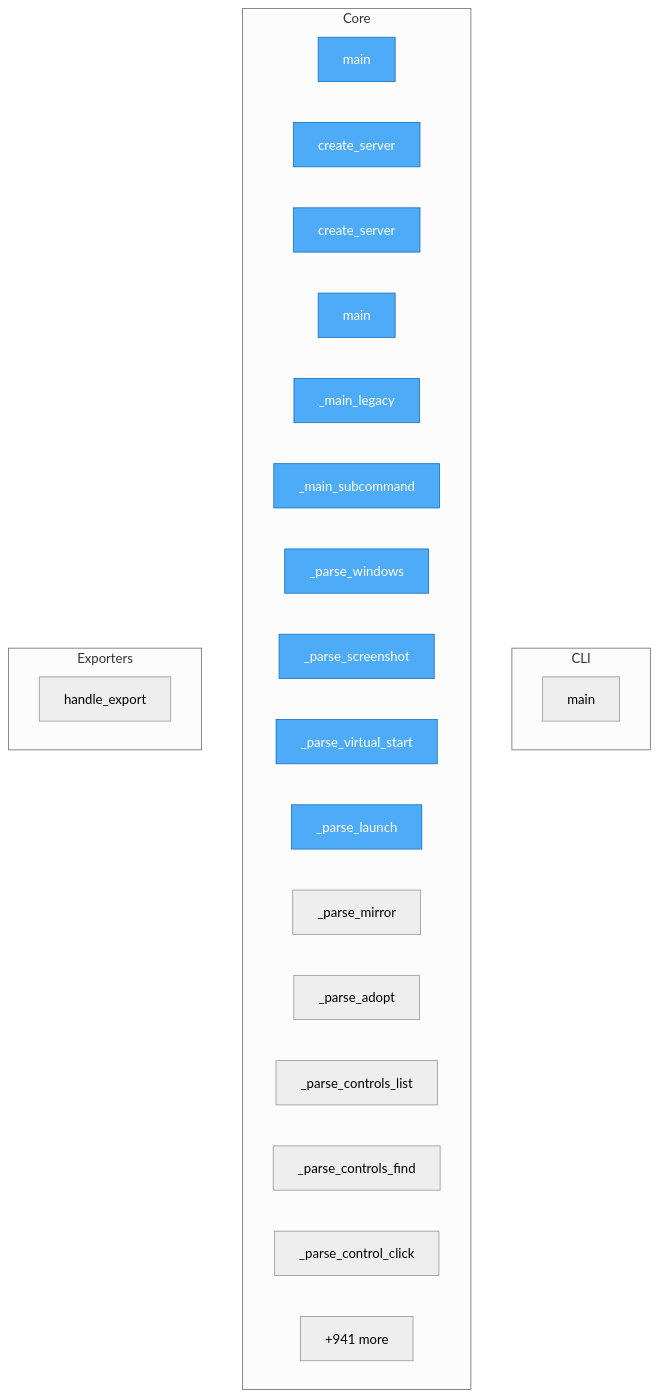
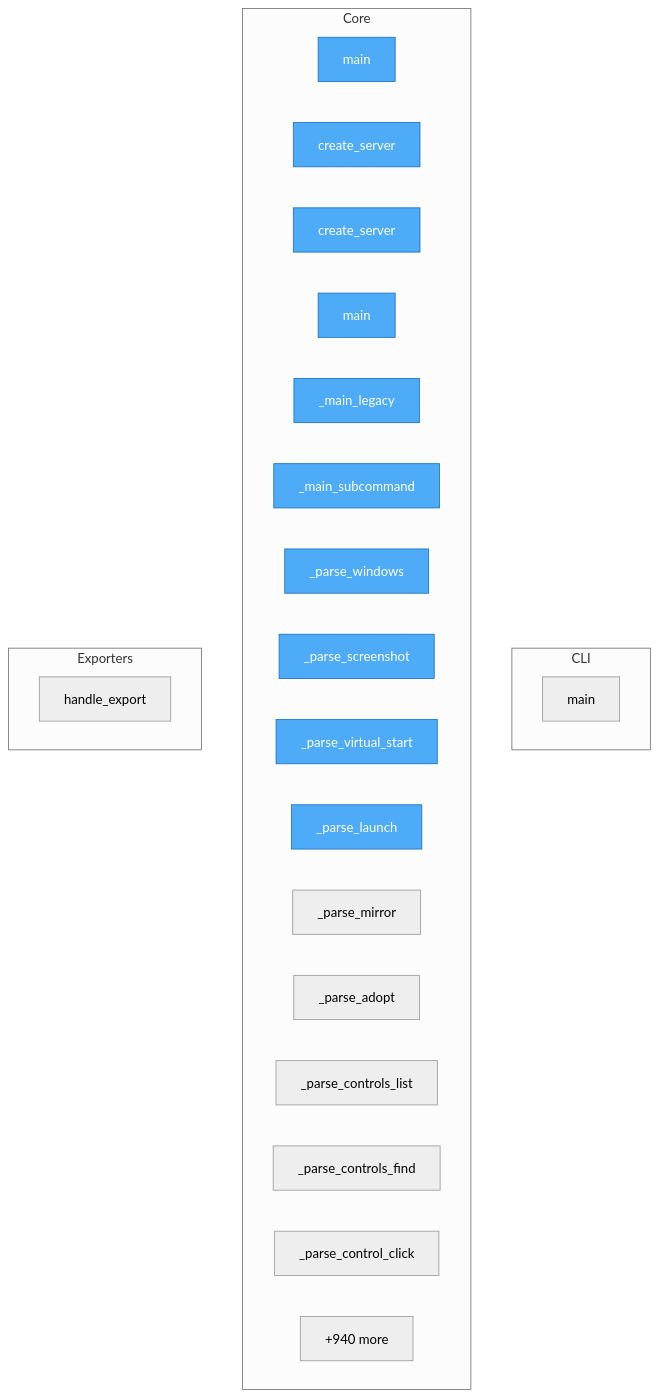
The diagram in project/flow.mmd (wronai/vdisplay), drawn with Mermaid (neutral theme) before and after one commit. The commit also changed 32 other files, not shown here.

```diff
--- a/project/flow.mmd
+++ b/project/flow.mmd
@@ -1,34 +1,34 @@
 flowchart TD
-%% generated in 0.11s
+%% generated in 0.09s
 
     %% Entry points (blue)
     classDef entry fill:#4dabf7,stroke:#1971c2,color:#fff
 
     subgraph CLI
         packages__cli2vdisplay__src__cli2vdisplay__cli__main["main"]
     end
 
     subgraph Core
         packages__mcp2vdisplay__src__mcp2vdisplay__cli__main["main"]
         packages__mcp2vdisplay__src__mcp2vdisplay__cli__create_server["create_server"]
         packages__mcp2vdisplay__src__mcp2vdisplay__server__create_server["create_server"]
         packages__dsl2vdisplay__src__dsl2vdisplay__cli__main["main"]
         packages__dsl2vdisplay__src__dsl2vdisplay__cli___main_legacy["_main_legacy"]
         packages__dsl2vdisplay__src__dsl2vdisplay__cli___main_subcommand["_main_subcommand"]
         packages__dsl2vdisplay__src__dsl2vdisplay__grammar___parse_windows["_parse_windows"]
         packages__dsl2vdisplay__src__dsl2vdisplay__grammar___parse_screenshot["_parse_screenshot"]
         packages__dsl2vdisplay__src__dsl2vdisplay__grammar___parse_virtual_start["_parse_virtual_start"]
         packages__dsl2vdisplay__src__dsl2vdisplay__grammar___parse_launch["_parse_launch"]
         packages__dsl2vdisplay__src__dsl2vdisplay__grammar___parse_mirror["_parse_mirror"]
         packages__dsl2vdisplay__src__dsl2vdisplay__grammar___parse_adopt["_parse_adopt"]
         packages__dsl2vdisplay__src__dsl2vdisplay__grammar___parse_controls_list["_parse_controls_list"]
         packages__dsl2vdisplay__src__dsl2vdisplay__grammar___parse_controls_find["_parse_controls_find"]
         packages__dsl2vdisplay__src__dsl2vdisplay__grammar___parse_control_click["_parse_control_click"]
-        ...["+941 more"]
+        ...["+940 more"]
     end
 
     subgraph Exporters
         src__vdisplay__commands__session__handle_export["handle_export"]
     end
 
     class packages__mcp2vdisplay__src__mcp2vdisplay__cli__main,packages__mcp2vdisplay__src__mcp2vdisplay__cli__create_server,packages__mcp2vdisplay__src__mcp2vdisplay__server__create_server,packages__dsl2vdisplay__src__dsl2vdisplay__cli__main,packages__dsl2vdisplay__src__dsl2vdisplay__cli___main_legacy,packages__dsl2vdisplay__src__dsl2vdisplay__cli___main_subcommand,packages__dsl2vdisplay__src__dsl2vdisplay__grammar___parse_windows,packages__dsl2vdisplay__src__dsl2vdisplay__grammar___parse_screenshot,packages__dsl2vdisplay__src__dsl2vdisplay__grammar___parse_virtual_start,packages__dsl2vdisplay__src__dsl2vdisplay__grammar___parse_launch entry
```
